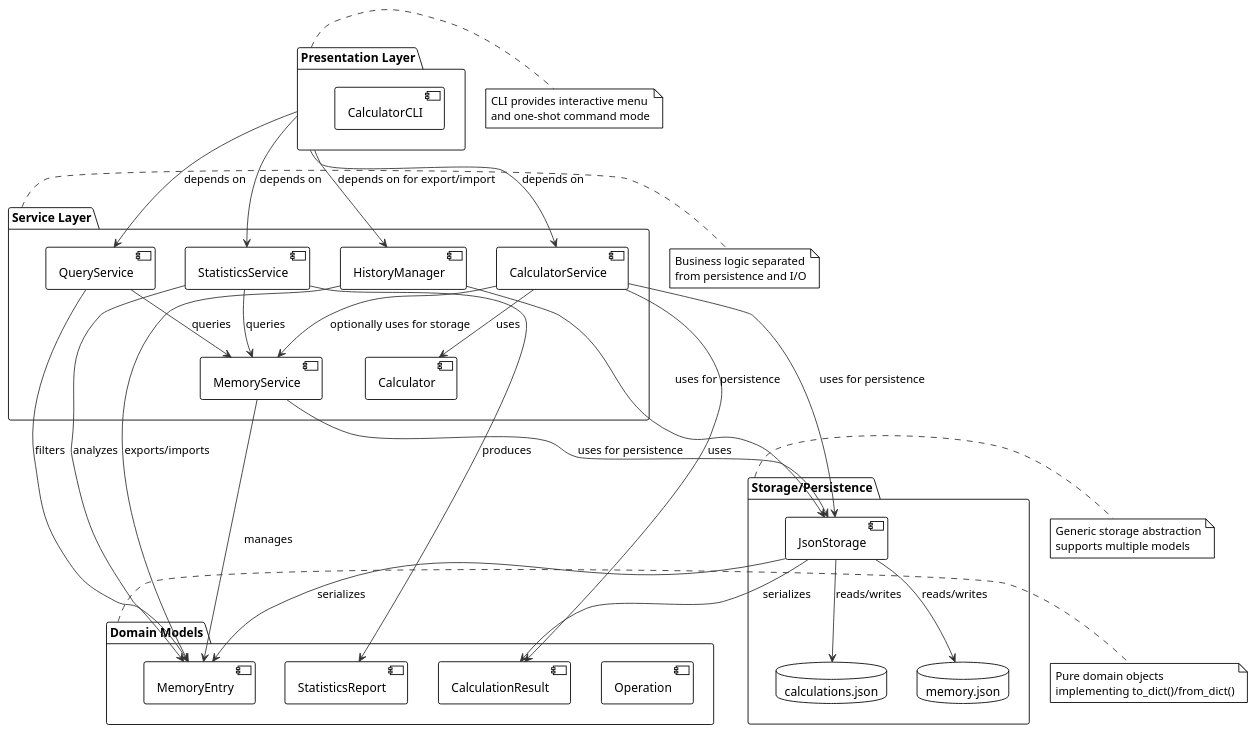
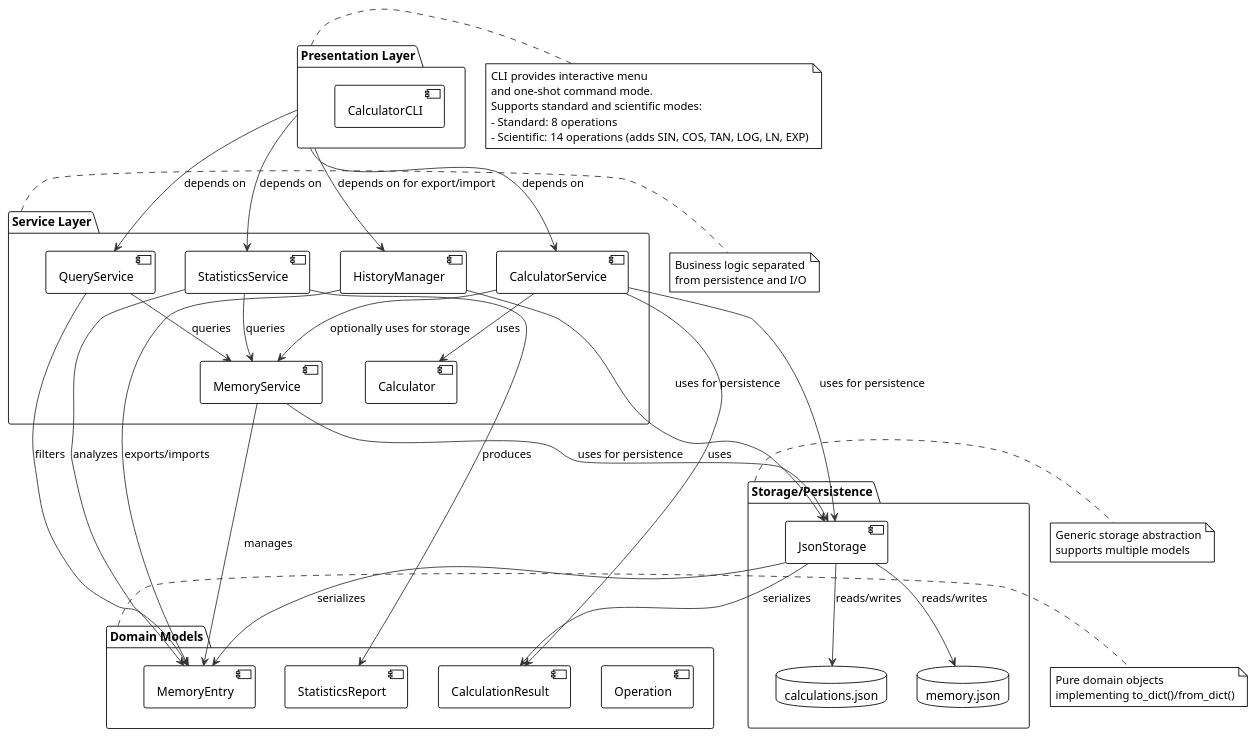
One commit to DanielRiha8906/Software_autoevolution_using_agents changed the diagram in experiments/broadcast/structured_text/calculator/artifacts/architecture_diagram.puml. Above: the diagram before and after it, drawn with PlantUML. The commit also changed 8 other files, not shown here.

First line of the commit message:
Add scientific mode with trigonometric and logarithmic operations

```diff
--- a/experiments/broadcast/structured_text/calculator/artifacts/architecture_diagram.puml
+++ b/experiments/broadcast/structured_text/calculator/artifacts/architecture_diagram.puml
@@ -1,83 +1,86 @@
 @startuml
 !theme plain
 skinparam boxBackgroundColor #FAFAFA
 skinparam boxBorderColor #333333
 skinparam arrowColor #333333
 skinparam fontName Courier
 
 package "Presentation Layer" as Presentation {
   component "CalculatorCLI"
 }
 
 package "Service Layer" as Services {
   component "CalculatorService"
   component "MemoryService"
   component "HistoryManager"
   component "QueryService"
   component "StatisticsService"
   component "Calculator"
 }
 
 package "Domain Models" as Models {
   component "Operation"
   component "CalculationResult"
   component "MemoryEntry"
   component "StatisticsReport"
 }
 
 package "Storage/Persistence" as Persistence {
   component "JsonStorage"
   database "calculations.json"
   database "memory.json"
 }
 
 ' Dependencies
 Presentation --> CalculatorService: depends on
 Presentation --> QueryService: depends on
 Presentation --> StatisticsService: depends on
 Presentation --> HistoryManager: depends on for export/import
 
 CalculatorService --> Calculator: uses
 CalculatorService --> CalculationResult: uses
 CalculatorService --> MemoryService: optionally uses for storage
 CalculatorService --> JsonStorage: uses for persistence
 
 MemoryService --> MemoryEntry: manages
 MemoryService --> JsonStorage: uses for persistence
 
 HistoryManager --> MemoryEntry: exports/imports
 HistoryManager --> JsonStorage: uses for persistence
 
 QueryService --> MemoryService: queries
 QueryService --> MemoryEntry: filters
 
 StatisticsService --> MemoryService: queries
 StatisticsService --> MemoryEntry: analyzes
 StatisticsService --> StatisticsReport: produces
 
 JsonStorage --> CalculationResult: serializes
 JsonStorage --> MemoryEntry: serializes
 JsonStorage --> calculations.json: reads/writes
 JsonStorage --> memory.json: reads/writes
 
 note right of Presentation
   CLI provides interactive menu
-  and one-shot command mode
+  and one-shot command mode.
+  Supports standard and scientific modes:
+  - Standard: 8 operations
+  - Scientific: 14 operations (adds SIN, COS, TAN, LOG, LN, EXP)
 end note
 
 note right of Services
   Business logic separated
   from persistence and I/O
 end note
 
 note right of Models
   Pure domain objects
   implementing to_dict()/from_dict()
 end note
 
 note right of Persistence
   Generic storage abstraction
   supports multiple models
 end note
 
 @enduml
```
